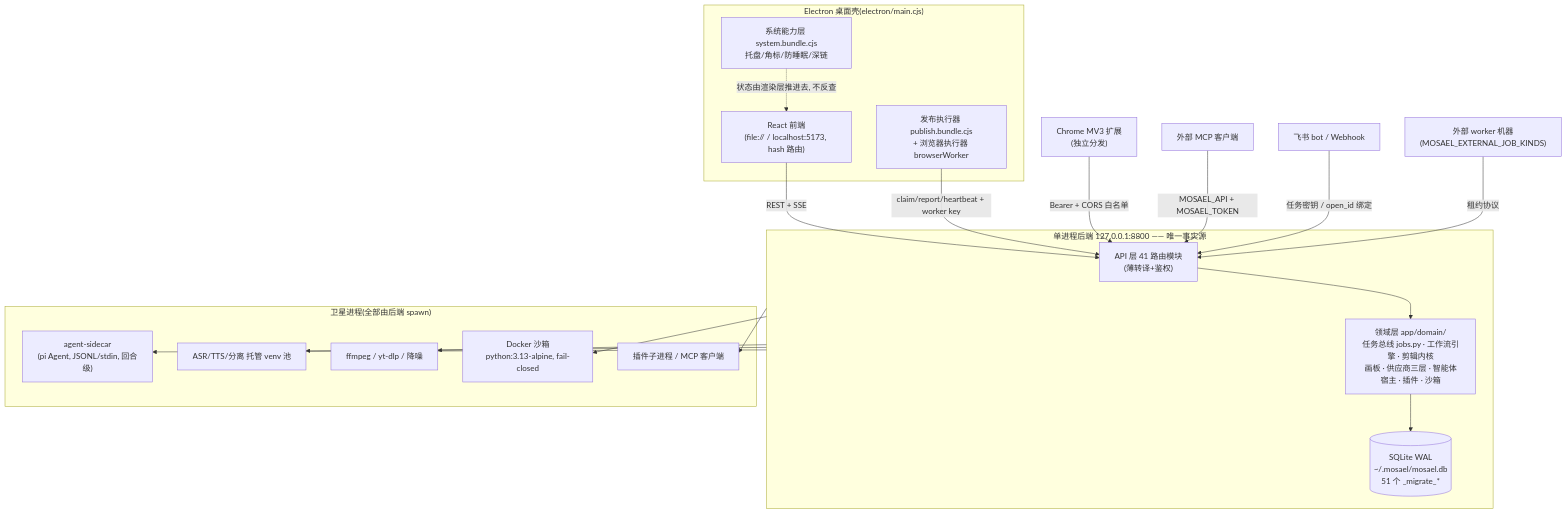
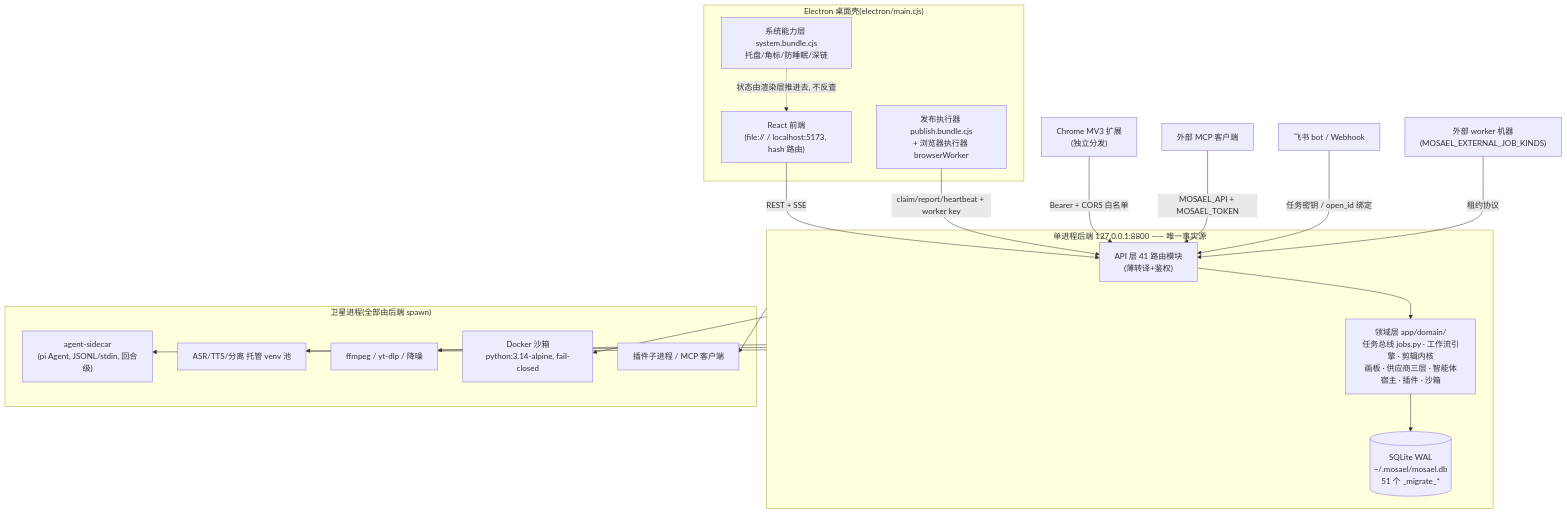
The first of 8 diagrams in docs/analysis/REPORT.md (Alndaly/Mosael), drawn with Mermaid before and after one commit. The commit also changed other lines of this file and 11 other files, not shown here.

````diff
--- a/docs/analysis/REPORT.md
+++ b/docs/analysis/REPORT.md
@@ -28,37 +28,37 @@
 ```mermaid
 graph TB
     subgraph Desktop["Electron 桌面壳(electron/main.cjs)"]
         UI["React 前端<br/>(file:// / localhost:5173, hash 路由)"]
         PW["发布执行器 publish.bundle.cjs<br/>+ 浏览器执行器 browserWorker"]
         SYS["系统能力层 system.bundle.cjs<br/>托盘/角标/防睡眠/深链"]
     end
 
     subgraph Core["单进程后端 127.0.0.1:8800 —— 唯一事实源"]
         API["API 层 41 路由模块<br/>(薄转译+鉴权)"]
         DOM["领域层 app/domain/<br/>任务总线 jobs.py · 工作流引擎 · 剪辑内核<br/>画板 · 供应商三层 · 智能体宿主 · 插件 · 沙箱"]
         DB[("SQLite WAL<br/>~/.mosael/mosael.db<br/>51 个 _migrate_*")]
         API --> DOM --> DB
     end
 
     subgraph Satellites["卫星进程(全部由后端 spawn)"]
         SC["agent-sidecar<br/>(pi Agent, JSONL/stdin, 回合级)"]
         AI["ASR/TTS/分离 托管 venv 池"]
         FF["ffmpeg / yt-dlp / 降噪"]
-        SB["Docker 沙箱<br/>python:3.13-alpine, fail-closed"]
+        SB["Docker 沙箱<br/>python:3.14-alpine, fail-closed"]
         PL["插件子进程 / MCP 客户端"]
     end
 
     EXT["Chrome MV3 扩展<br/>(独立分发)"]
     MCP["外部 MCP 客户端"]
     FS["飞书 bot / Webhook"]
     EXTW["外部 worker 机器<br/>(MOSAEL_EXTERNAL_JOB_KINDS)"]
 
     UI -->|REST + SSE| API
     PW -->|claim/report/heartbeat + worker key| API
     EXT -->|Bearer + CORS 白名单| API
     MCP -->|MOSAEL_API + MOSAEL_TOKEN| API
     FS -->|任务密钥 / open_id 绑定| API
     EXTW -->|租约协议| API
     Core --> SC & AI & FF & SB & PL
     SYS -.->|状态由渲染层推进去, 不反查| UI
 ```
````
